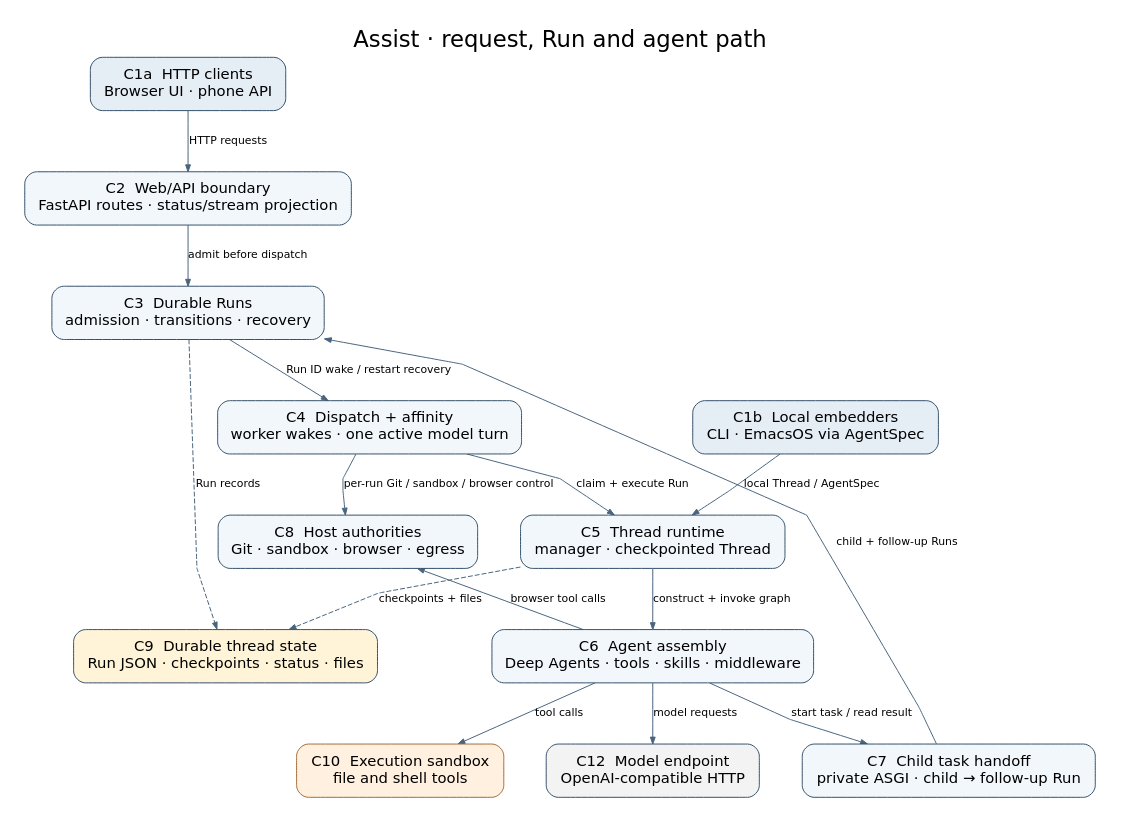
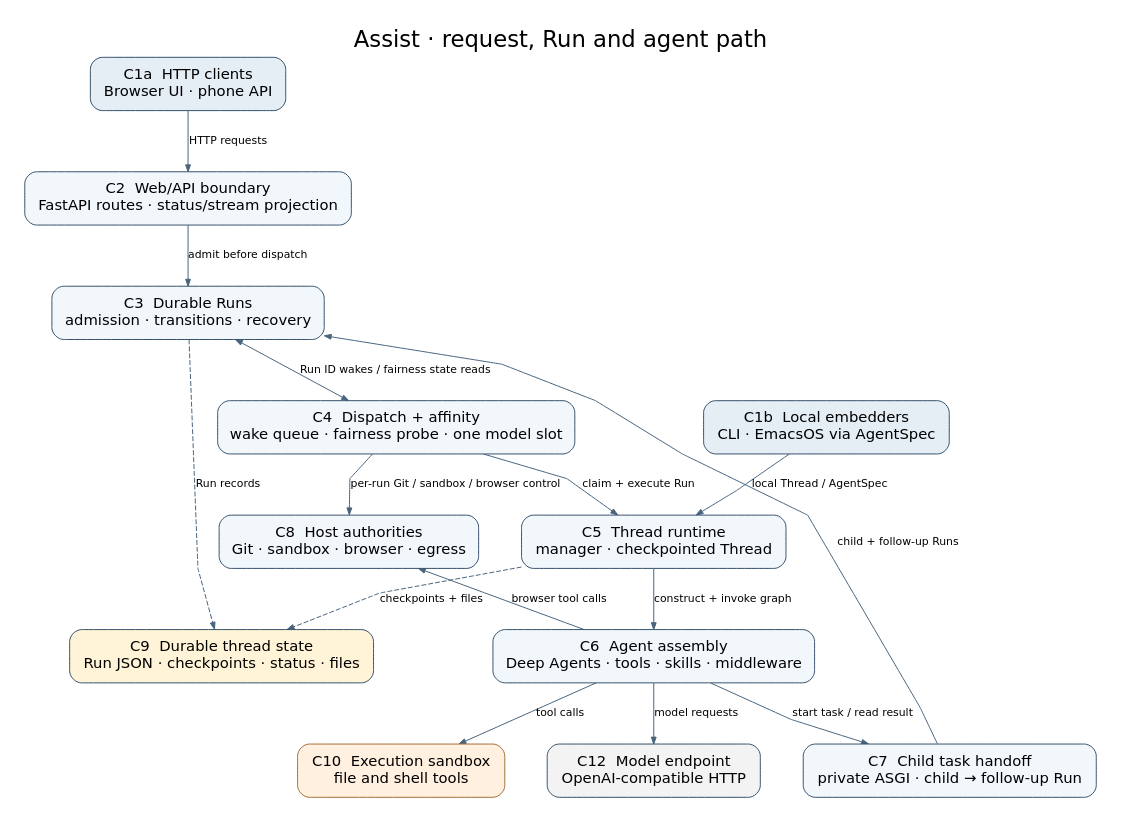
Before and after one commit to pierrel/assist: the diagram in docs/architecture.dot, drawn with Graphviz. The commit also changed 3 other files, not shown here.

Commit message:
Align architecture map with dispatch fairness

```diff
--- a/docs/architecture.dot
+++ b/docs/architecture.dot
@@ -1,44 +1,44 @@
 digraph Assist {
   graph [label="Assist · request, Run and agent path", labelloc=t,
          fontname="DejaVu Sans", fontsize=23, bgcolor="white",
          rankdir=TB, pad=0.25, nodesep=0.6, ranksep=0.68,
          splines=polyline, outputorder=edgesfirst];
   node [shape=box, style="rounded,filled", color="#34506a",
         fillcolor="#f2f7fc", fontname="DejaVu Sans", fontsize=15,
         margin="0.19,0.14"];
   edge [fontname="DejaVu Sans", fontsize=11, color="#49647d",
         arrowsize=0.7];
 
   C1a [label="C1a  HTTP clients\nBrowser UI · phone API",
        fillcolor="#e5edf5"];
   C1b [label="C1b  Local embedders\nCLI · EmacsOS via AgentSpec",
        fillcolor="#e5edf5"];
   C2 [label="C2  Web/API boundary\nFastAPI routes · status/stream projection"];
   C3 [label="C3  Durable Runs\nadmission · transitions · recovery"];
-  C4 [label="C4  Dispatch + affinity\nworker wakes · one active model turn"];
+  C4 [label="C4  Dispatch + affinity\nwake queue · fairness probe · one model slot"];
   C5 [label="C5  Thread runtime\nmanager · checkpointed Thread"];
   C6 [label="C6  Agent assembly\nDeep Agents · tools · skills · middleware"];
   C7 [label="C7  Child task handoff\nprivate ASGI · child → follow-up Run"];
   C8 [label="C8  Host authorities\nGit · sandbox · browser · egress"];
   C9 [label="C9  Durable thread state\nRun JSON · checkpoints · status · files",
       fillcolor="#fff4d7"];
   C10 [label="C10  Execution sandbox\nfile and shell tools", fillcolor="#fff0df",
        color="#a46b36"];
   C12 [label="C12  Model endpoint\nOpenAI-compatible HTTP",
        fillcolor="#f3f3f3"];
 
   C1a -> C2 [label="HTTP requests"];
   C2 -> C3 [label="admit before dispatch"];
-  C3 -> C4 [label="Run ID wake / restart recovery"];
+  C3 -> C4 [label="Run ID wakes / fairness state reads", dir=both];
   C4 -> C5 [label="claim + execute Run"];
   C1b -> C5 [label="local Thread / AgentSpec"];
   C5 -> C6 [label="construct + invoke graph"];
   C6 -> C7 [label="start task / read result"];
   C7 -> C3 [label="child + follow-up Runs", constraint=false];
   C4 -> C8 [label="per-run Git / sandbox / browser control"];
   C6 -> C8 [label="browser tool calls", constraint=false];
   C3 -> C9 [label="Run records", style=dashed];
   C5 -> C9 [label="checkpoints + files", style=dashed];
   C6 -> C10 [label="tool calls"];
   C6 -> C12 [label="model requests"];
 }
```
